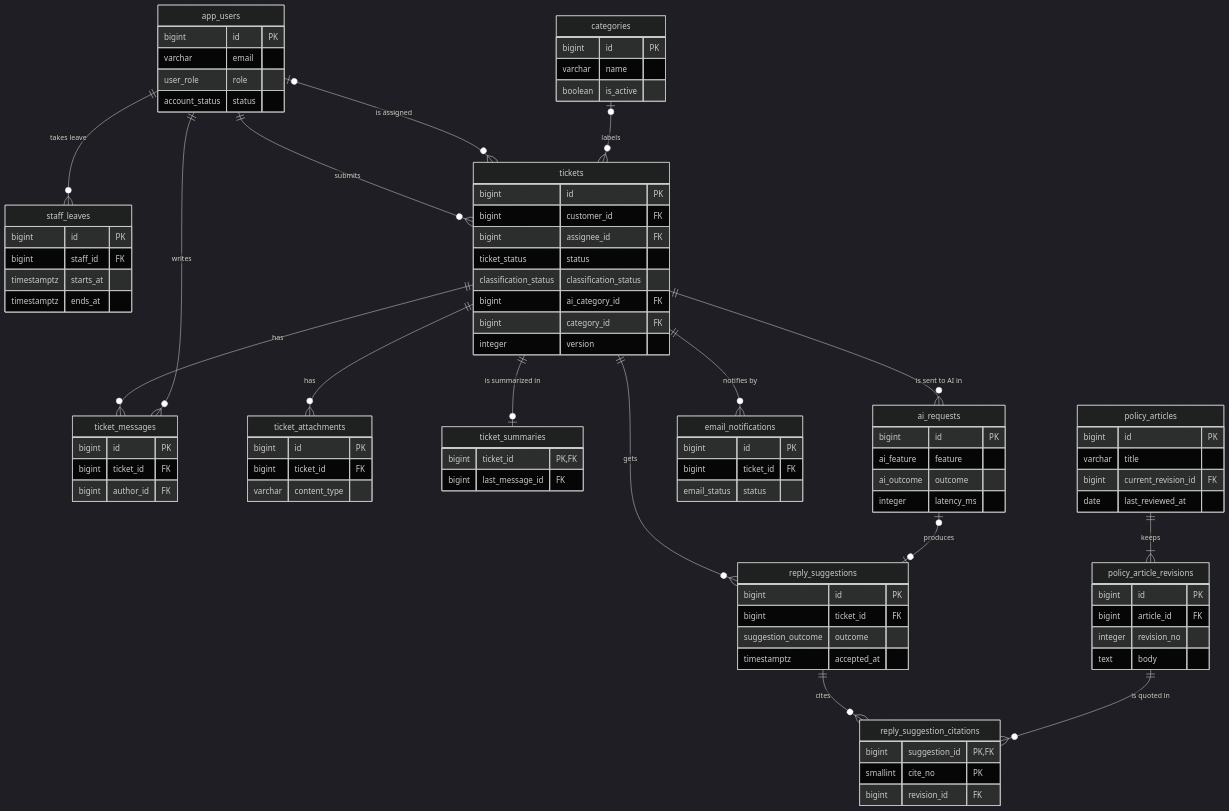
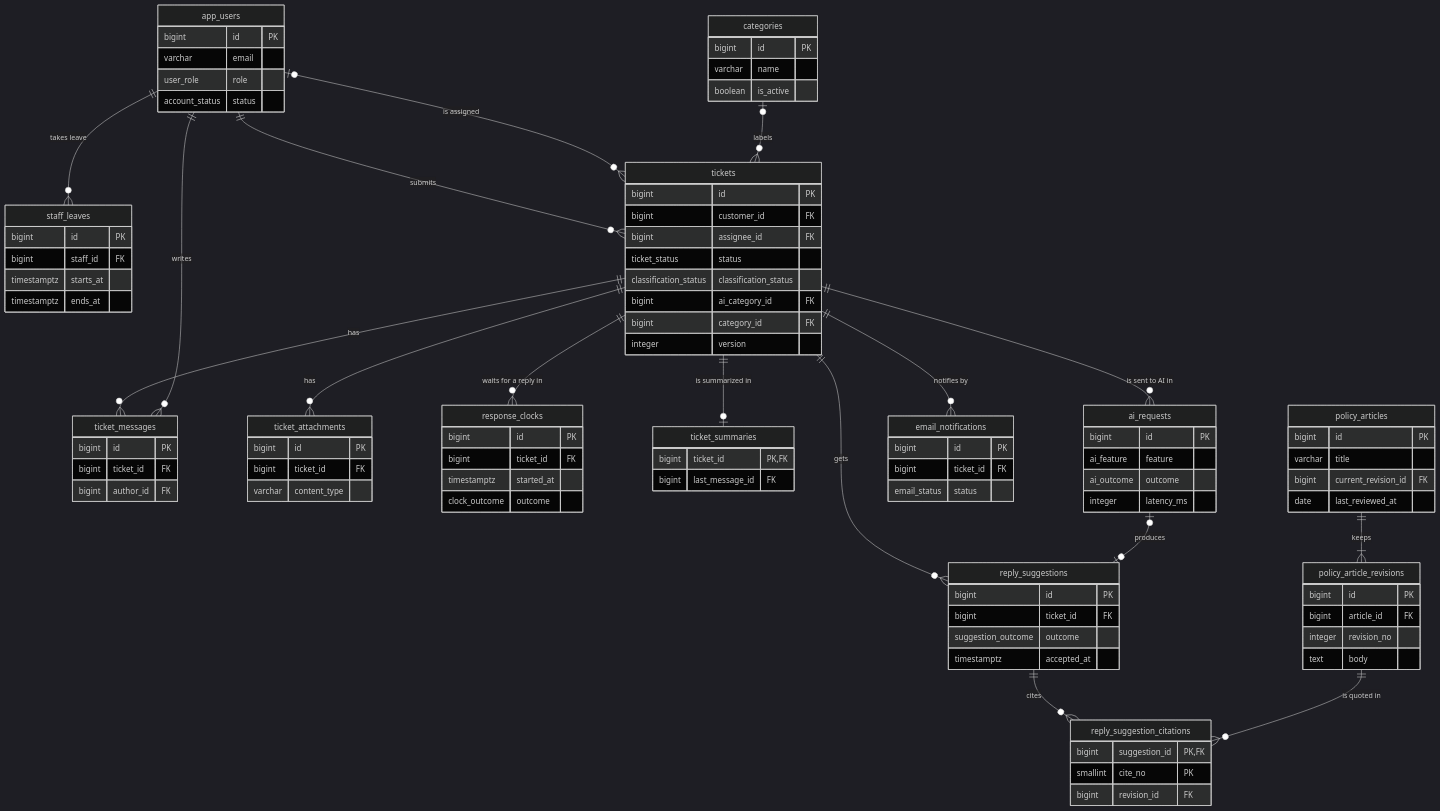
The third of 3 diagrams in README.md (minhtuann1102/HelpdeskAI), drawn with Mermaid (dark theme) before and after one commit. The commit also changed other lines of this file and 1 other file, not shown here.

First line of the commit message:
docs: trace reply deadlines and confidence bands in the README and matrix

```diff
--- a/README.md
+++ b/README.md
@@ -237,6 +241,7 @@
     tickets ||--o{ ticket_messages : has
     app_users ||--o{ ticket_messages : writes
     tickets ||--o{ ticket_attachments : has
+    tickets ||--o{ response_clocks : "waits for a reply in"
     tickets ||--o| ticket_summaries : "is summarized in"
     tickets ||--o{ ai_requests : "is sent to AI in"
     tickets ||--o{ email_notifications : "notifies by"
@@ -283,6 +288,12 @@
         bigint ticket_id FK
         varchar content_type
     }
+    response_clocks {
+        bigint id PK
+        bigint ticket_id FK
+        timestamptz started_at
+        clock_outcome outcome
+    }
     ticket_summaries {
         bigint ticket_id PK, FK
         bigint last_message_id FK
```
